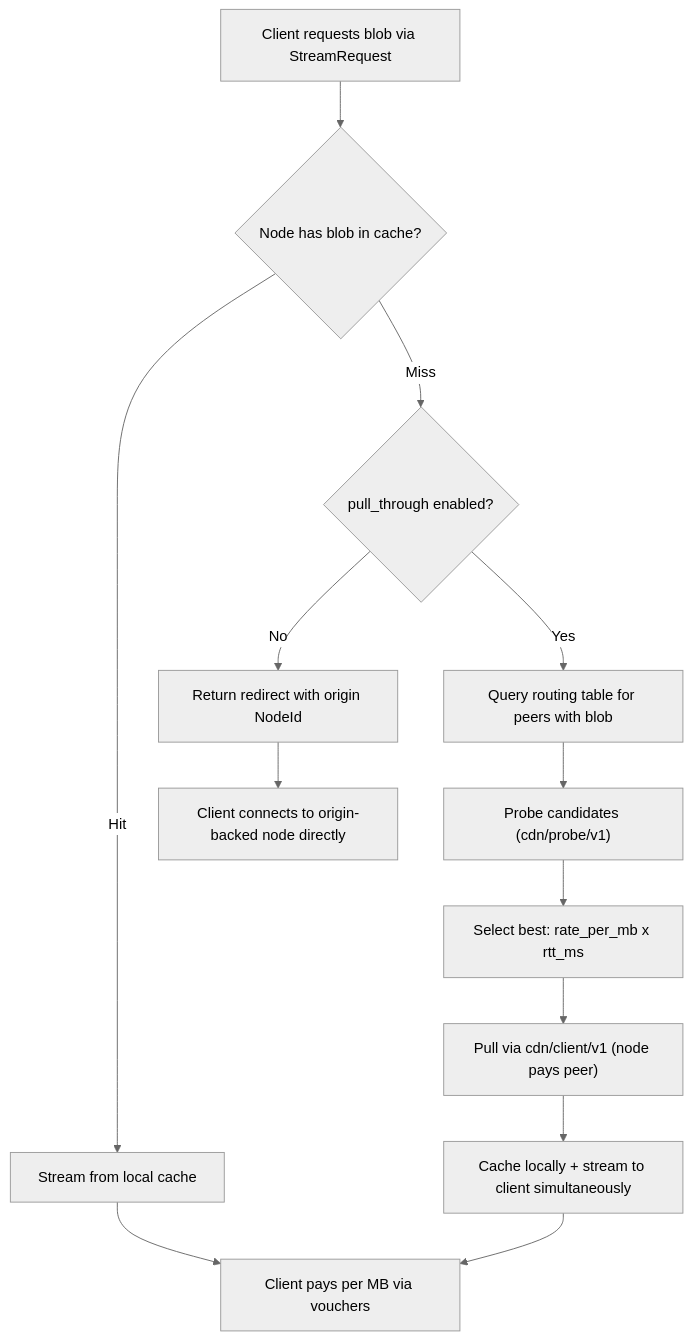
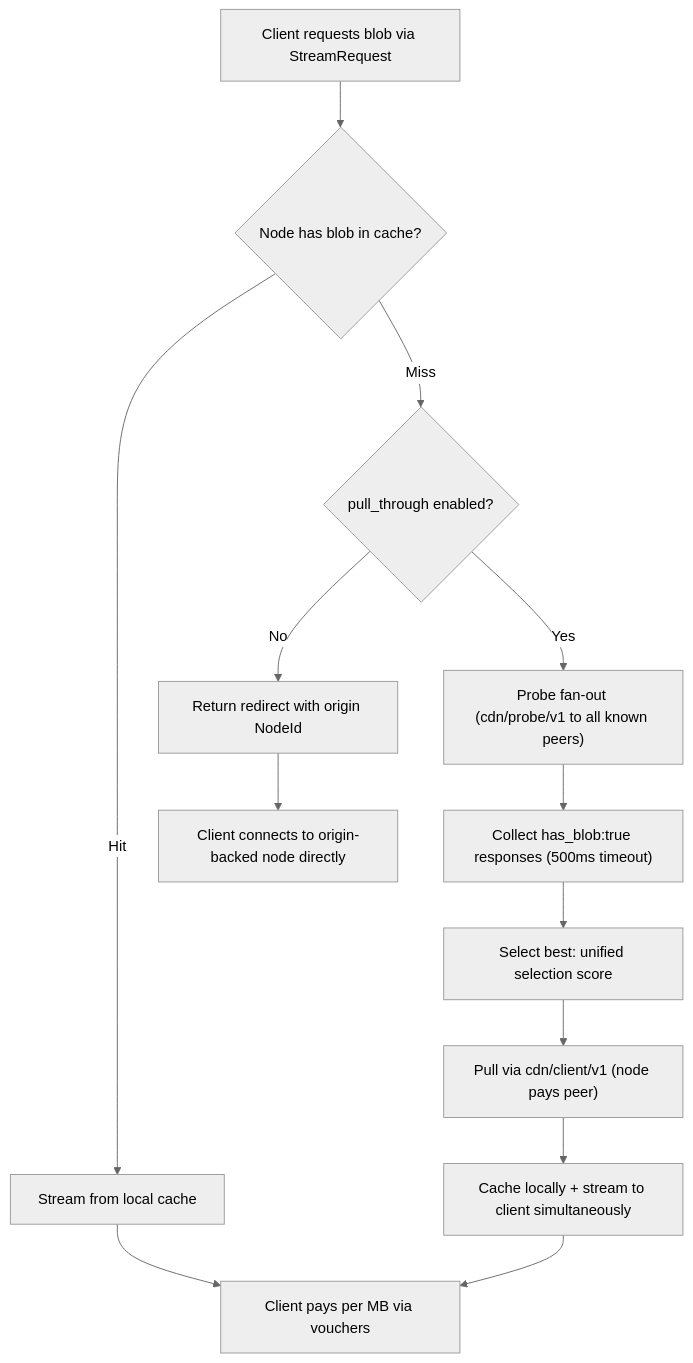
Before and after one commit to decdn/decdn: the second of 3 diagrams in adr/architecture.md, drawn with Mermaid (neutral theme). The commit also changed other lines of this file and 12 other files, not shown here.

````diff
--- a/adr/architecture.md
+++ b/adr/architecture.md
@@ -228,17 +239,17 @@
 ```mermaid
 flowchart TD
     A[Client requests blob via StreamRequest] --> B{Node has blob in cache?}
     B -->|Hit| C[Stream from local cache]
     C --> D[Client pays per MB via vouchers]
 
     B -->|Miss| E{pull_through enabled?}
-    E -->|Yes| F[Query routing table for peers with blob]
-    F --> G["Probe candidates (cdn/probe/v1)"]
-    G --> H["Select best: rate_per_mb x rtt_ms"]
+    E -->|Yes| F["Probe fan-out (cdn/probe/v1 to all known peers)"]
+    F --> G["Collect has_blob:true responses (500ms timeout)"]
+    G --> H["Select best: unified selection score"]
     H --> I["Pull via cdn/client/v1 (node pays peer)"]
     I --> J[Cache locally + stream to client simultaneously]
     J --> D
 
     E -->|No| K[Return redirect with origin NodeId]
     K --> L[Client connects to origin-backed node directly]
 ```
````
